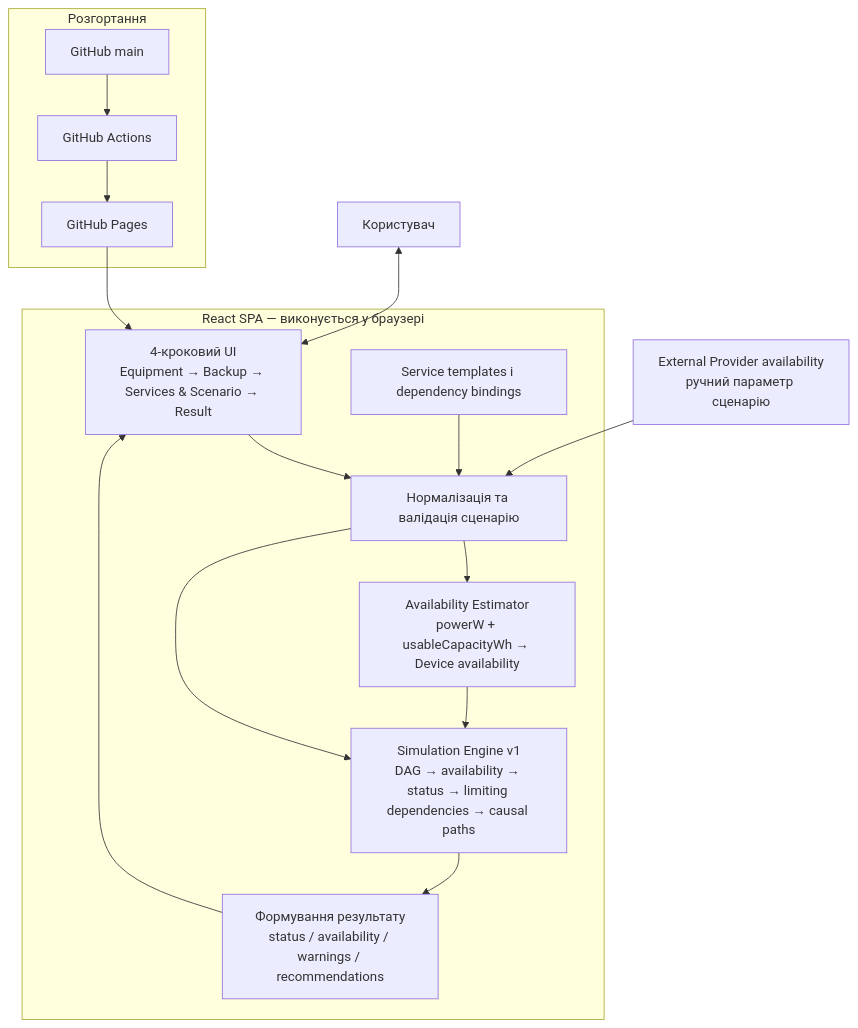
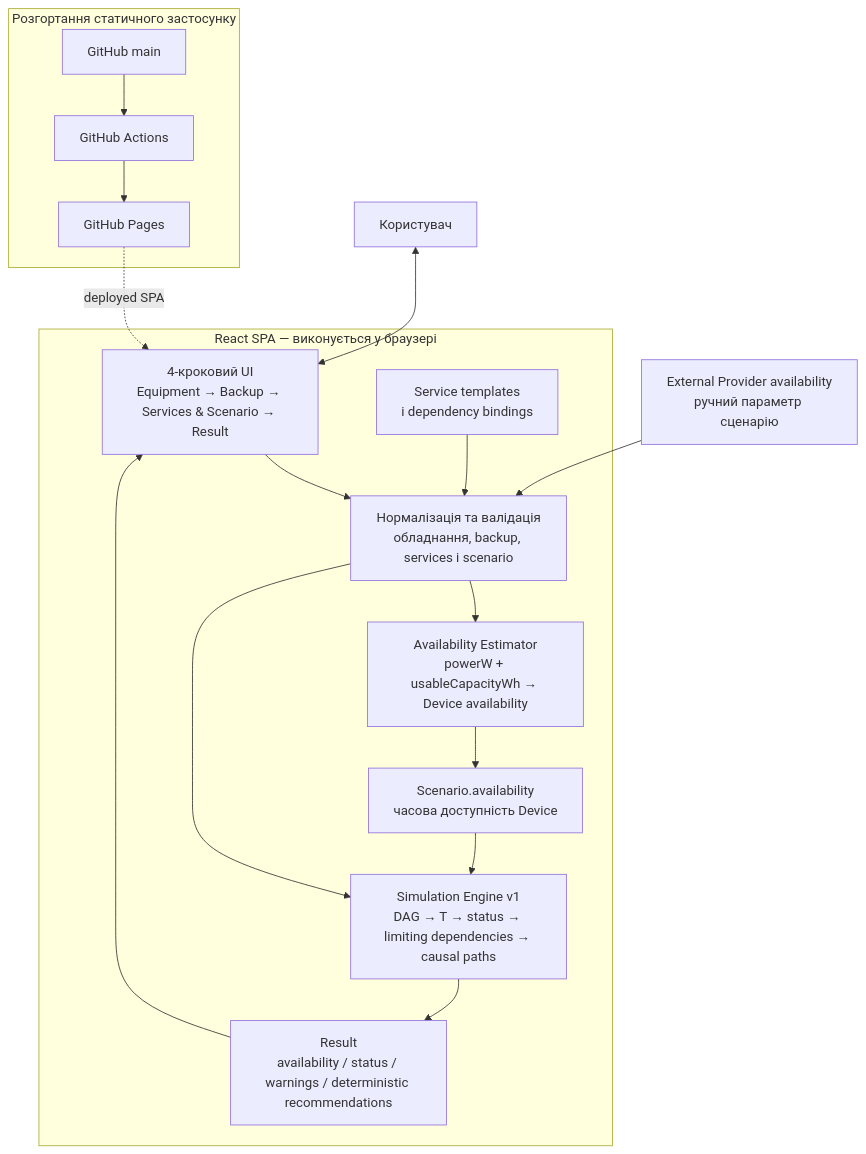
The diagram in docs/diagrams/mvp-architecture.mmd (Serhii-Palamarchuk/capstone-household-service-availability), drawn with Mermaid before and after one commit.

Commit message:
docs: refine MVP architecture diagram

```diff
--- a/docs/diagrams/mvp-architecture.mmd
+++ b/docs/diagrams/mvp-architecture.mmd
@@ -1,28 +1,31 @@
 flowchart TB
     U["Користувач"]
+    EP["External Provider availability<br/>ручний параметр сценарію"]
 
-    subgraph B["React SPA — виконується у браузері"]
-        UI["4-кроковий UI\nEquipment → Backup → Services & Scenario → Result"]
-        NV["Нормалізація та валідація сценарію"]
-        AE["Availability Estimator\npowerW + usableCapacityWh → Device availability"]
-        ST["Service templates і dependency bindings"]
-        SE["Simulation Engine v1\nDAG → availability → status → limiting dependencies → causal paths"]
-        RR["Формування результату\nstatus / availability / warnings / recommendations"]
+    subgraph SPA["React SPA — виконується у браузері"]
+        UI["4-кроковий UI<br/>Equipment → Backup → Services & Scenario → Result"]
+        ST["Service templates<br/>і dependency bindings"]
+        V["Нормалізація та валідація<br/>обладнання, backup, services і scenario"]
+        AE["Availability Estimator<br/>powerW + usableCapacityWh → Device availability"]
+        SA["Scenario.availability<br/>часова доступність Device"]
+        SE["Simulation Engine v1<br/>DAG → T → status → limiting dependencies → causal paths"]
+        R["Result<br/>availability / status / warnings / deterministic recommendations"]
 
-        UI --> NV
-        ST --> NV
-        NV --> AE
-        AE --> SE
-        NV --> SE
-        SE --> RR
-        RR --> UI
+        UI --> V
+        ST --> V
+        V --> AE
+        AE --> SA
+        SA --> SE
+        V --> SE
+        SE --> R
+        R --> UI
     end
 
-    EP["External Provider availability\nручний параметр сценарію"] --> NV
     U <--> UI
+    EP --> V
 
-    subgraph D["Розгортання"]
+    subgraph DEPLOY["Розгортання статичного застосунку"]
         GH["GitHub main"] --> GA["GitHub Actions"] --> GP["GitHub Pages"]
     end
 
-    GP --> UI
+    GP -. "deployed SPA" .-> UI
```
